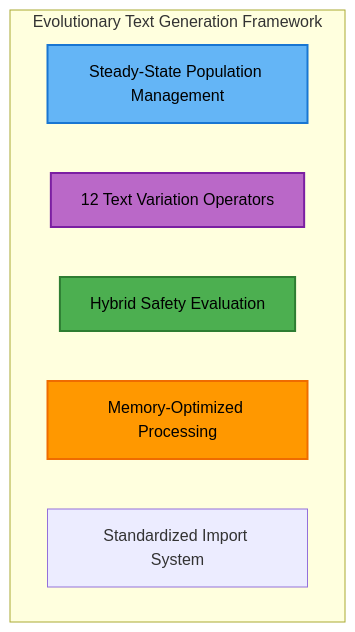
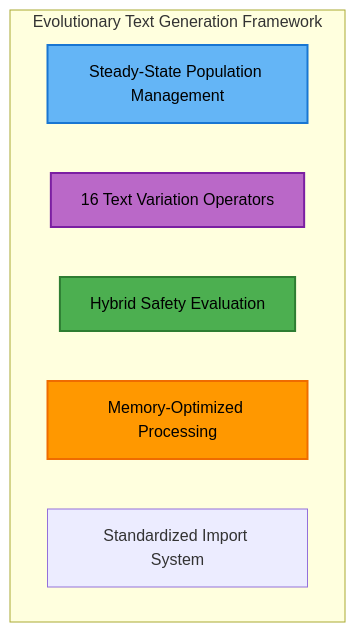
The second of 7 diagrams in ARCHITECTURE.md (Onkar2102/ToxSearch), drawn with Mermaid before and after one commit. The commit also changed other lines of this file and 19 other files, not shown here.

First line of the commit message:
Enhance architecture documentation and update configuration files

````diff
--- a/ARCHITECTURE.md
+++ b/ARCHITECTURE.md
@@ -44,15 +63,15 @@
 ```mermaid
 graph TB
   subgraph "Evolutionary Text Generation Framework"
     A[Steady-State Population Management]
-    B[12 Text Variation Operators]
+    B[16 Text Variation Operators]
     C[Hybrid Safety Evaluation]
     D[Memory-Optimized Processing]
     E[Standardized Import System]
   end
   
   style A fill:#64b5f6,stroke:#1976d2,stroke-width:2px,color:#000
   style B fill:#ba68c8,stroke:#7b1fa2,stroke-width:2px,color:#000
   style C fill:#4caf50,stroke:#2e7d32,stroke-width:2px,color:#000
   style D fill:#ff9800,stroke:#ef6c00,stroke-width:2px,color:#000
 ```
````
